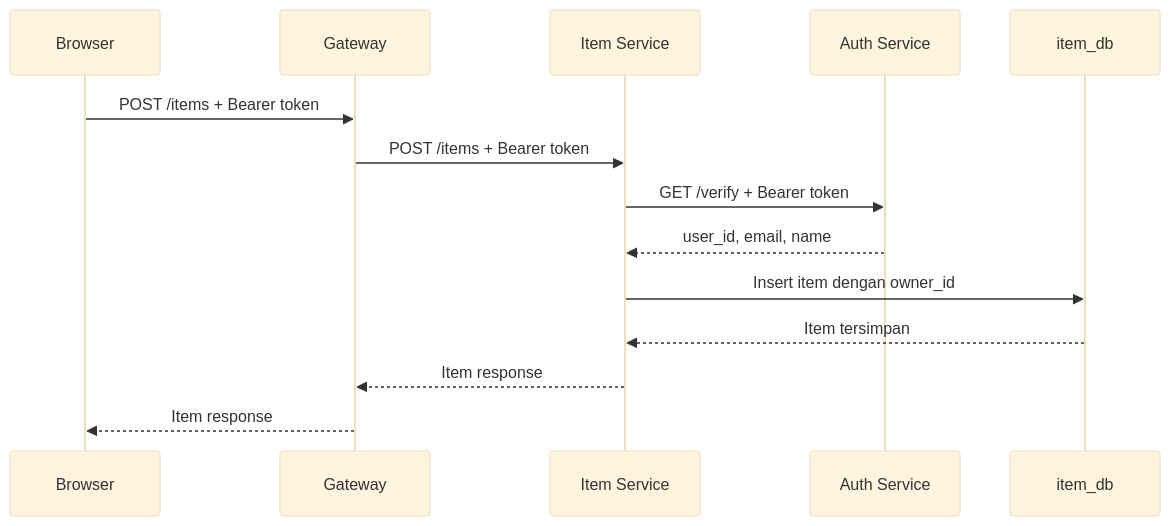
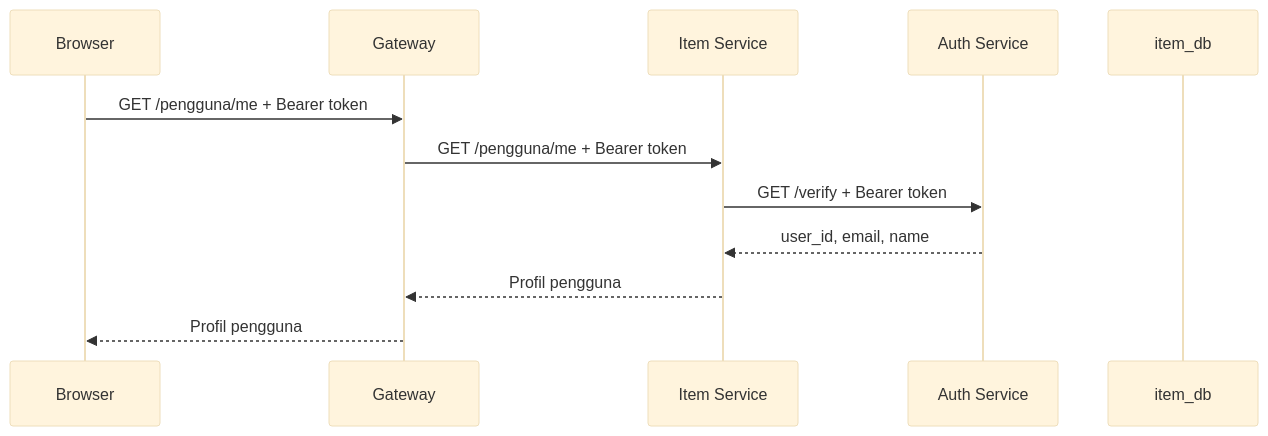
The fourth of 4 diagrams in docs/architecture.md (aidilsaputrakirsan-classroom/cc-kelompok-a-miracle), drawn with Mermaid (base theme) before and after one commit. The commit also changed other lines of this file and 4 other files, not shown here.

````diff
--- a/docs/architecture.md
+++ b/docs/architecture.md
@@ -347,17 +412,15 @@
 ```mermaid
 sequenceDiagram
     participant B as Browser
     participant G as Gateway
     participant I as Item Service
     participant A as Auth Service
     participant DB as item_db
 
-    B->>G: POST /items + Bearer token
-    G->>I: POST /items + Bearer token
+    B->>G: GET /pengguna/me + Bearer token
+    G->>I: GET /pengguna/me + Bearer token
     I->>A: GET /verify + Bearer token
     A-->>I: user_id, email, name
-    I->>DB: Insert item dengan owner_id
-    DB-->>I: Item tersimpan
-    I-->>G: Item response
-    G-->>B: Item response
+    I-->>G: Profil pengguna
+    G-->>B: Profil pengguna
 ```
````
